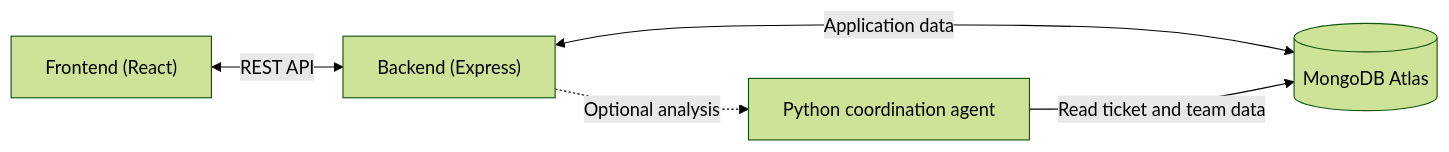
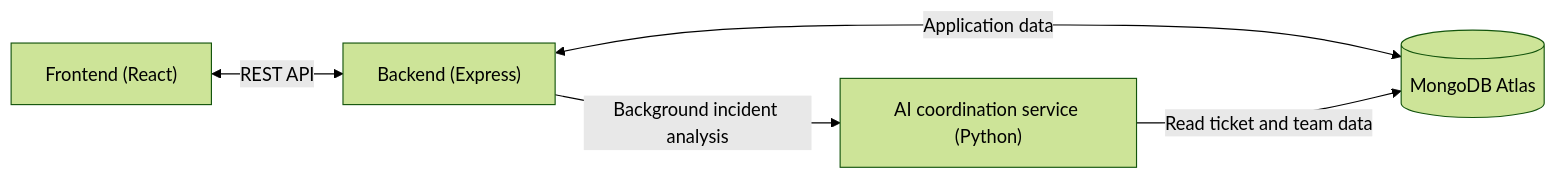
The diagram in README.md (ragtag2/PaperDesk), drawn with Mermaid (forest theme) before and after one commit. The commit also changed other lines of this file, not shown here.

````diff
--- a/README.md
+++ b/README.md
@@ -9,7 +9,7 @@
 ```mermaid
 flowchart LR
     Frontend["Frontend (React)"] <-->|REST API| Backend["Backend (Express)"]
     Backend <-->|Application data| Database[(MongoDB Atlas)]
-    Backend -.->|Optional analysis| Agent["Python coordination agent"]
+    Backend -->|Background incident analysis| Agent["AI coordination service (Python)"]
     Agent -->|Read ticket and team data| Database
 ```
````
